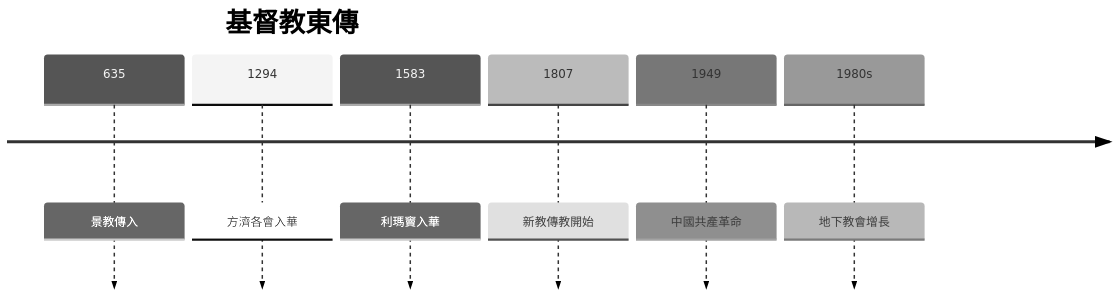
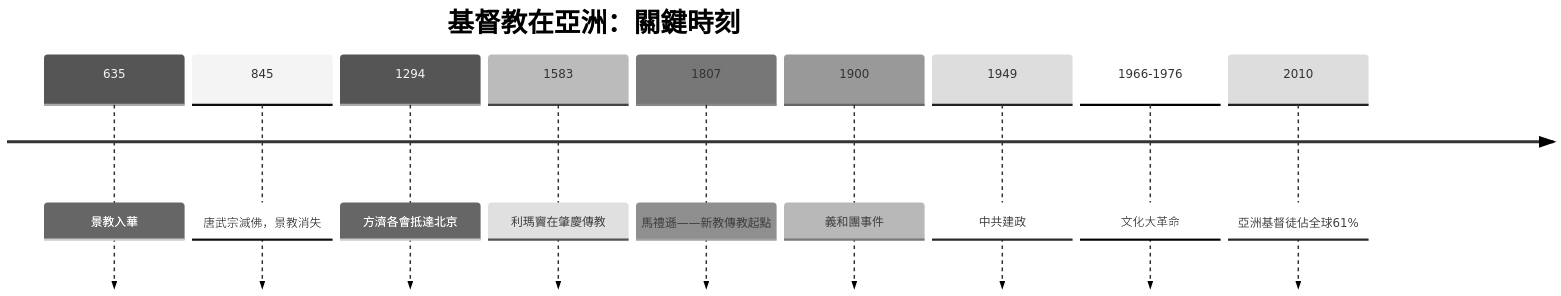
One commit to yip-lgtm/HKU-Harvard-History-Self-Study changed the first of 5 diagrams in 01_HKU_Courses/HIST2202_Christianity_in_Asia.md. Above: the diagram before and after it, drawn with Mermaid (neutral theme). The commit also changed other lines of this file and 22 other files, not shown here.

````diff
--- a/01_HKU_Courses/HIST2202_Christianity_in_Asia.md
+++ b/01_HKU_Courses/HIST2202_Christianity_in_Asia.md
@@ -84,10 +260,13 @@
 ```mermaid
 timeline
-    title 基督教東傳
-    635 : 景教傳入
-    1294 : 方濟各會入華
-    1583 : 利瑪竇入華
-    1807 : 新教傳教開始
-    1949 : 中國共產革命
-    1980s : 地下教會增長
+    title 基督教在亞洲：關鍵時刻
+    635 : 景教入華
+    845 : 唐武宗滅佛，景教消失
+    1294 : 方濟各會抵達北京
+    1583 : 利瑪竇在肇慶傳教
+    1807 : 馬禮遜——新教傳教起點
+    1900 : 義和團事件
+    1949 : 中共建政
+    1966-1976 : 文化大革命
+    2010 : 亞洲基督徒佔全球61%
 ```
````
